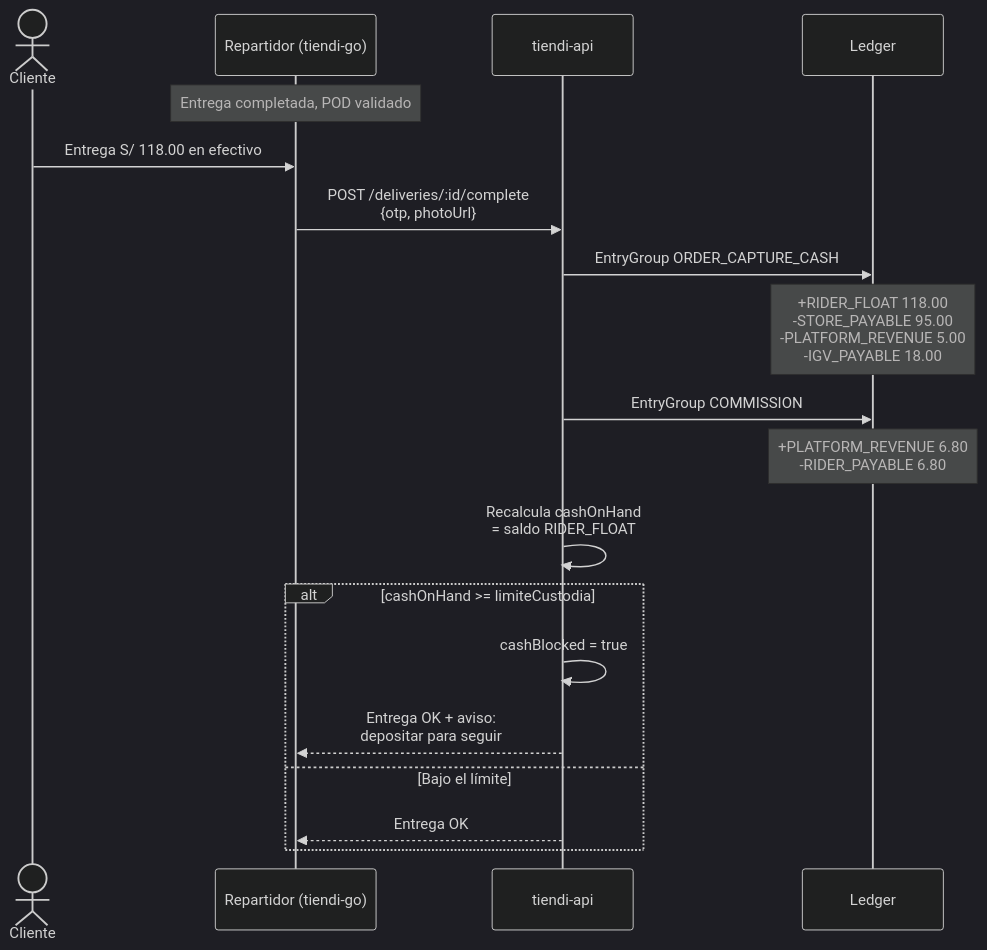
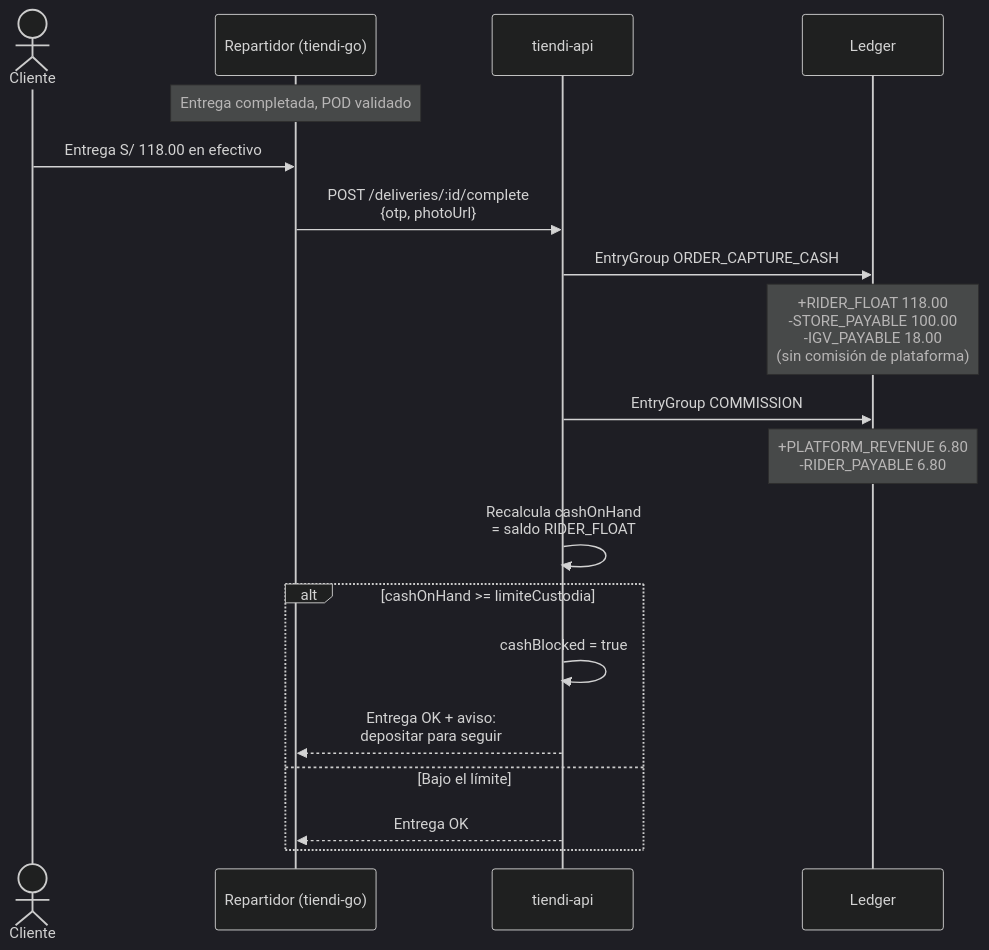
Before and after one commit to kanoso/ecommcerce-saas-sonet: the sixth of 19 diagrams in DOCS/FLUJO_DINERO.md, drawn with Mermaid (dark theme). The commit also changed other lines of this file and 2 other files, not shown here.

````diff
--- a/DOCS/FLUJO_DINERO.md
+++ b/DOCS/FLUJO_DINERO.md
@@ -440,26 +440,26 @@
 ```mermaid
 sequenceDiagram
     actor C as Cliente
     participant R as Repartidor (tiendi-go)
     participant API as tiendi-api
     participant L as Ledger
 
     Note over R: Entrega completada, POD validado
     C->>R: Entrega S/ 118.00 en efectivo
     R->>API: POST /deliveries/:id/complete<br/>{otp, photoUrl}
 
     API->>L: EntryGroup ORDER_CAPTURE_CASH
-    Note over L: +RIDER_FLOAT 118.00<br/>-STORE_PAYABLE 95.00<br/>-PLATFORM_REVENUE 5.00<br/>-IGV_PAYABLE 18.00
+    Note over L: +RIDER_FLOAT 118.00<br/>-STORE_PAYABLE 100.00<br/>-IGV_PAYABLE 18.00<br/>(sin comisión de plataforma)
 
     API->>L: EntryGroup COMMISSION
     Note over L: +PLATFORM_REVENUE 6.80<br/>-RIDER_PAYABLE 6.80
 
     API->>API: Recalcula cashOnHand<br/>= saldo RIDER_FLOAT
 
     alt cashOnHand >= limiteCustodia
         API->>API: cashBlocked = true
         API-->>R: Entrega OK + aviso:<br/>depositar para seguir
     else Bajo el límite
         API-->>R: Entrega OK
     end
 ```
````
